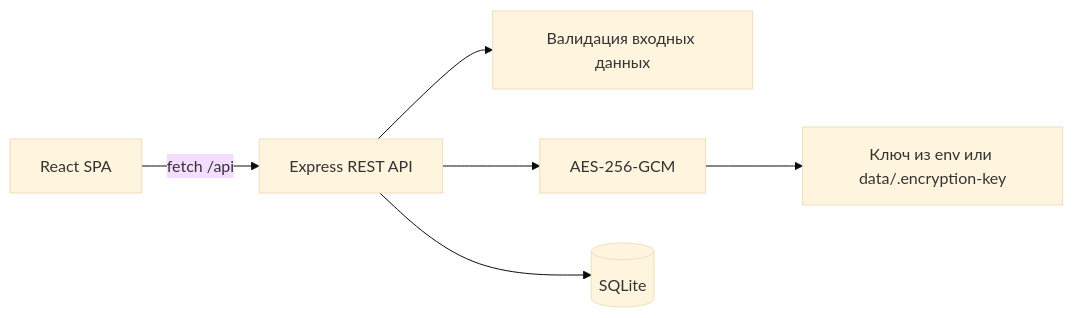
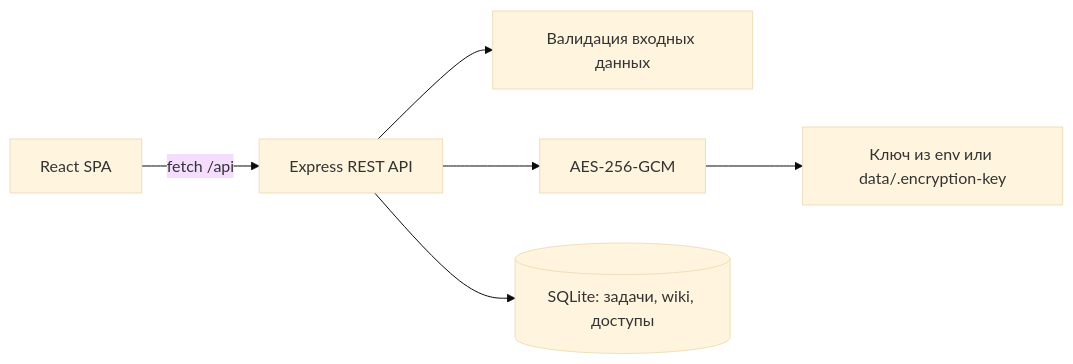
Before and after one commit to rammtw/tochka-app: the diagram in docs/architecture.md, drawn with Mermaid (base theme). The commit also changed other lines of this file and 36 other files, not shown here.

````diff
--- a/docs/architecture.md
+++ b/docs/architecture.md
@@ -7,8 +7,8 @@
 ```mermaid
 flowchart LR
   Browser[React SPA] -->|fetch /api| API[Express REST API]
   API --> Validation[Валидация входных данных]
   API --> Secrets[AES-256-GCM]
-  API --> DB[(SQLite)]
+  API --> DB[(SQLite: задачи, wiki, доступы)]
   Secrets --> Key[Ключ из env или data/.encryption-key]
 ```
````
